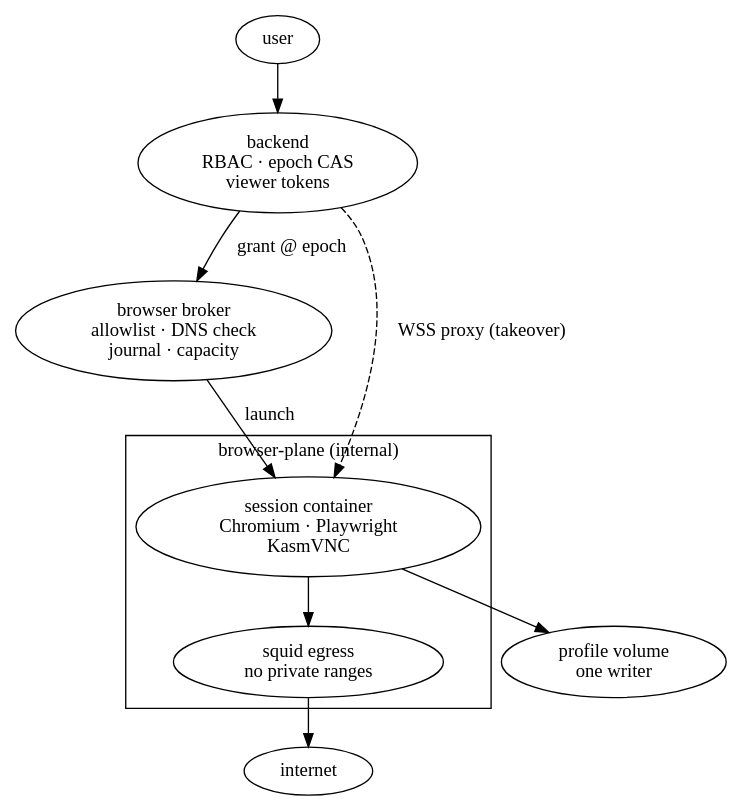
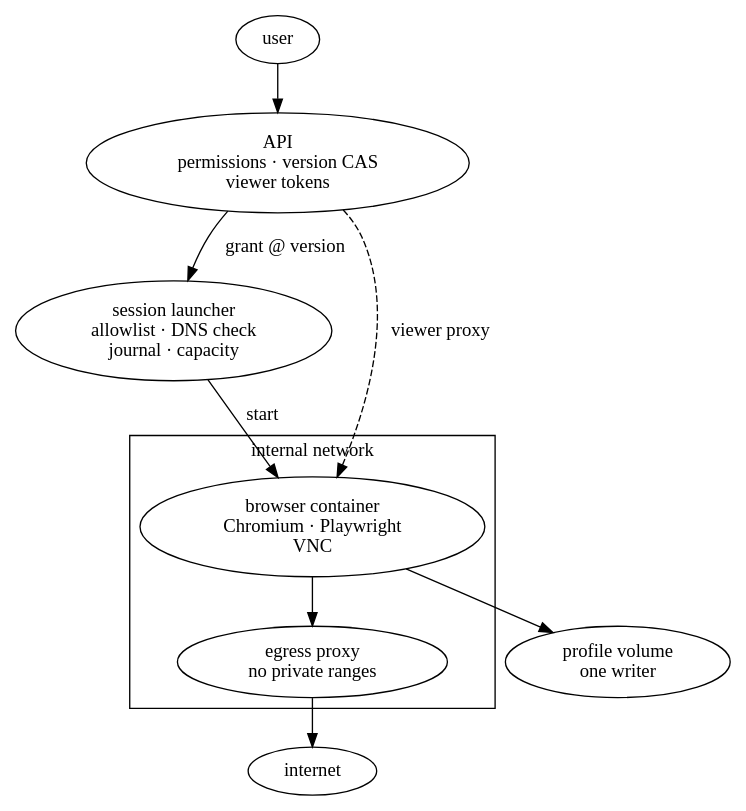
One commit to Shaunfurtado/Shaunfurtado.github.io changed the diagram in src/assets/blog-diagrams/03-browser-agents-identity-infrastructure.dot. Above: the diagram before and after it, drawn with Graphviz. The commit also changed 31 other files, not shown here.

```diff
--- a/src/assets/blog-diagrams/03-browser-agents-identity-infrastructure.dot
+++ b/src/assets/blog-diagrams/03-browser-agents-identity-infrastructure.dot
@@ -1,20 +1,20 @@
 digraph browser {
 rankdir=TB;
 user [label="user"];
-api [label="backend\nRBAC · epoch CAS\nviewer tokens", class="key"];
-broker [label="browser broker\nallowlist · DNS check\njournal · capacity"];
+api [label="API\npermissions · version CAS\nviewer tokens", class="key"];
+launcher [label="session launcher\nallowlist · DNS check\njournal · capacity"];
 subgraph cluster_plane {
-  label="browser-plane (internal)";
-  session [label="session container\nChromium · Playwright\nKasmVNC"];
-  squid [label="squid egress\nno private ranges"];
+  label="internal network";
+  session [label="browser container\nChromium · Playwright\nVNC"];
+  proxy [label="egress proxy\nno private ranges"];
 }
 profile [label="profile volume\none writer"];
 net [label="internet", class="ghost"];
 user -> api;
-api -> broker [label="grant @ epoch"];
-broker -> session [label="launch"];
+api -> launcher [label="grant @ version"];
+launcher -> session [label="start"];
 session -> profile;
-session -> squid;
-squid -> net;
-api -> session [label="WSS proxy (takeover)", style=dashed];
+session -> proxy;
+proxy -> net;
+api -> session [label="viewer proxy", style=dashed];
 }
```
